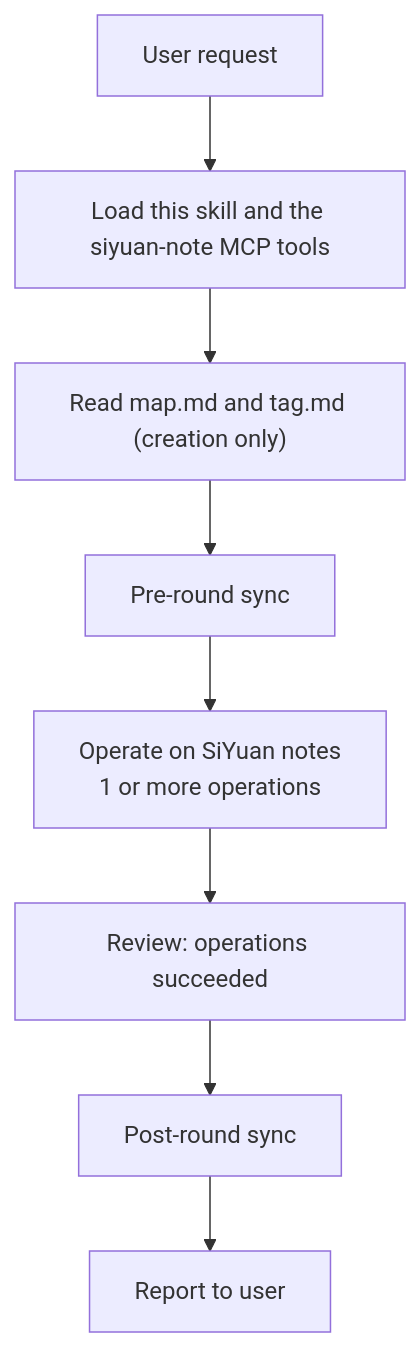
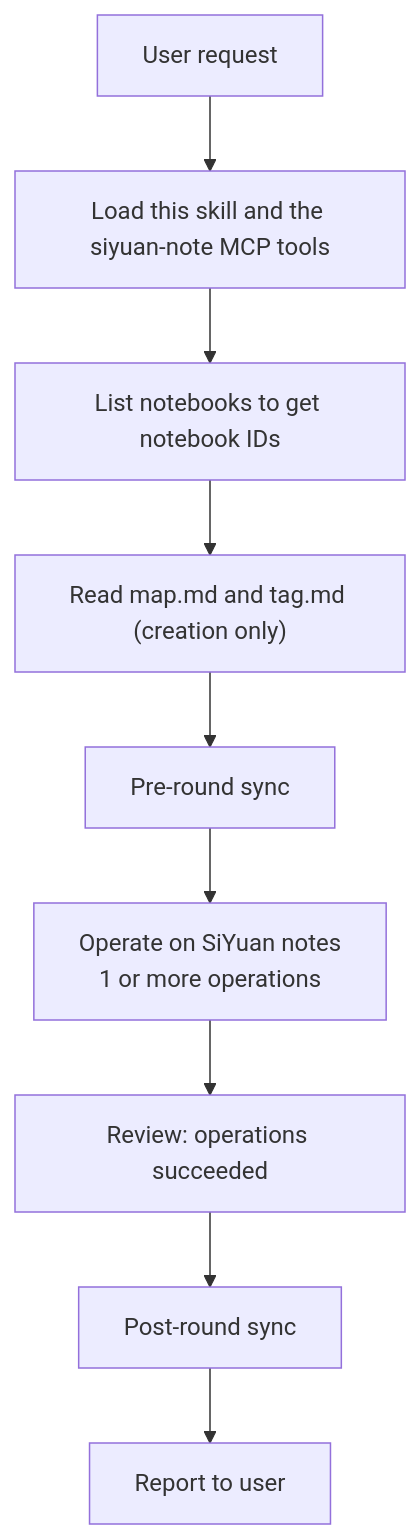
Before and after one commit to wmy2981/skills: the first of 2 diagrams in personal-siyuan-standards/SKILL.md, drawn with Mermaid. The commit also changed other lines of this file and 3 other files, not shown here.

````diff
--- a/personal-siyuan-standards/SKILL.md
+++ b/personal-siyuan-standards/SKILL.md
@@ -128,10 +128,11 @@
 ```mermaid
 graph TD
     A[User request] --> B[Load this skill and the siyuan-note MCP tools]
-    B --> C["Read map.md and tag.md (creation only)"]
+    B --> B2[List notebooks to get notebook IDs]
+    B2 --> C["Read map.md and tag.md (creation only)"]
     C --> D[Pre-round sync]
     D --> E[Operate on SiYuan notes<br/>1 or more operations]
     E --> F[Review: operations succeeded]
     F --> G[Post-round sync]
     G --> H[Report to user]
 ```
````
